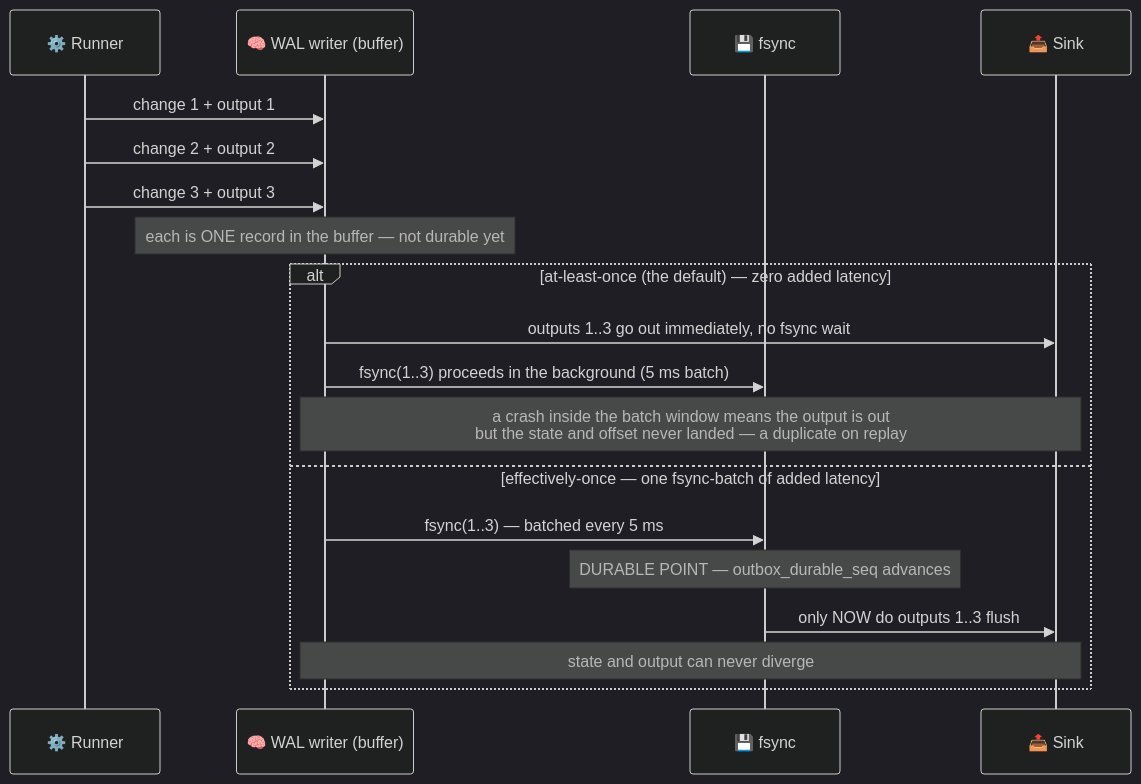
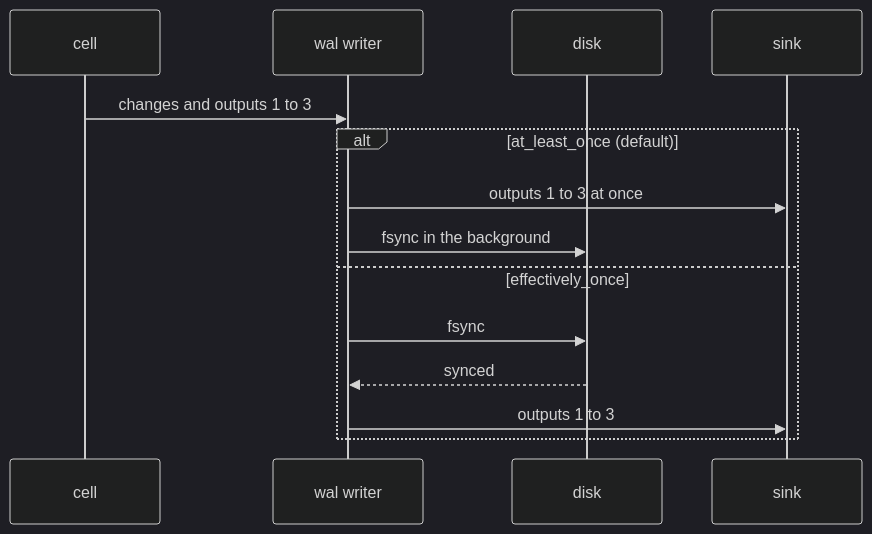
Before and after one commit to Flezha/flezha: the second of 10 diagrams in docs/architecture/kernel.md, drawn with Mermaid (dark theme). The commit also changed other lines of this file and 10 other files, not shown here.

First line of the commit message:
Publish the architecture pages as their own chapter in the docs

````diff
--- a/docs/architecture/kernel.md
+++ b/docs/architecture/kernel.md
@@ -136,23 +157,17 @@
 ```mermaid
 sequenceDiagram
-    participant EX as ⚙️ Runner
-    participant WR as 🧠 WAL writer (buffer)
-    participant DISK as 💾 fsync
-    participant SINK as 📤 Sink
+    participant C as cell
+    participant W as wal writer
+    participant D as disk
+    participant K as sink
 
-    EX->>WR: change 1 + output 1
-    EX->>WR: change 2 + output 2
-    EX->>WR: change 3 + output 3
-    Note over WR: each is ONE record in the buffer — not durable yet
-
-    alt at-least-once (the default) — zero added latency
-        WR->>SINK: outputs 1..3 go out immediately, no fsync wait
-        WR->>DISK: fsync(1..3) proceeds in the background (5 ms batch)
-        Note over WR,SINK: a crash inside the batch window means the output is out<br/>but the state and offset never landed — a duplicate on replay
-    else effectively-once — one fsync-batch of added latency
-        WR->>DISK: fsync(1..3) — batched every 5 ms
-        Note over DISK: DURABLE POINT — outbox_durable_seq advances
-        DISK->>SINK: only NOW do outputs 1..3 flush
-        Note over WR,SINK: state and output can never diverge
+    C->>W: changes and outputs 1 to 3
+    alt at_least_once (default)
+        W->>K: outputs 1 to 3 at once
+        W->>D: fsync in the background
+    else effectively_once
+        W->>D: fsync
+        D-->>W: synced
+        W->>K: outputs 1 to 3
     end
 ```
````
